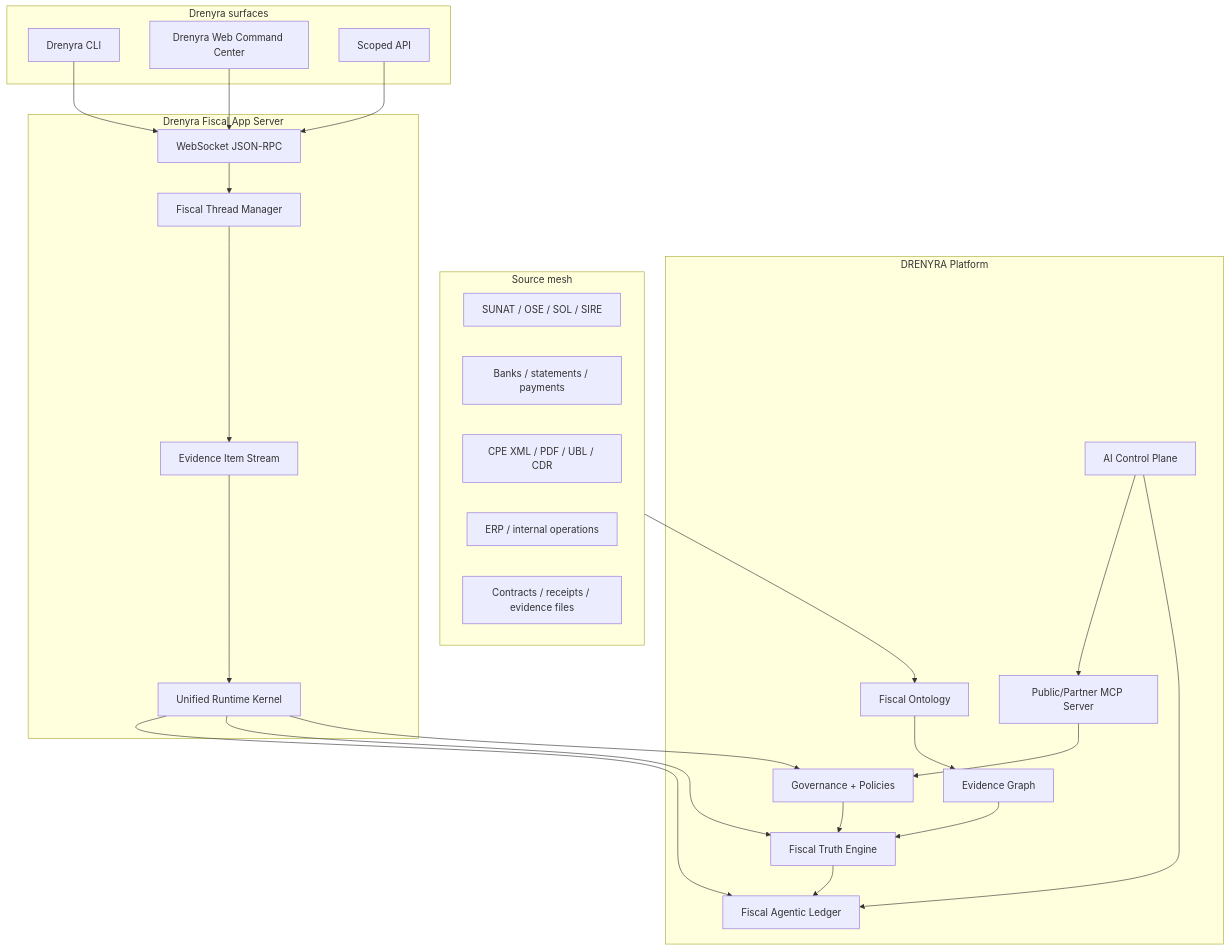
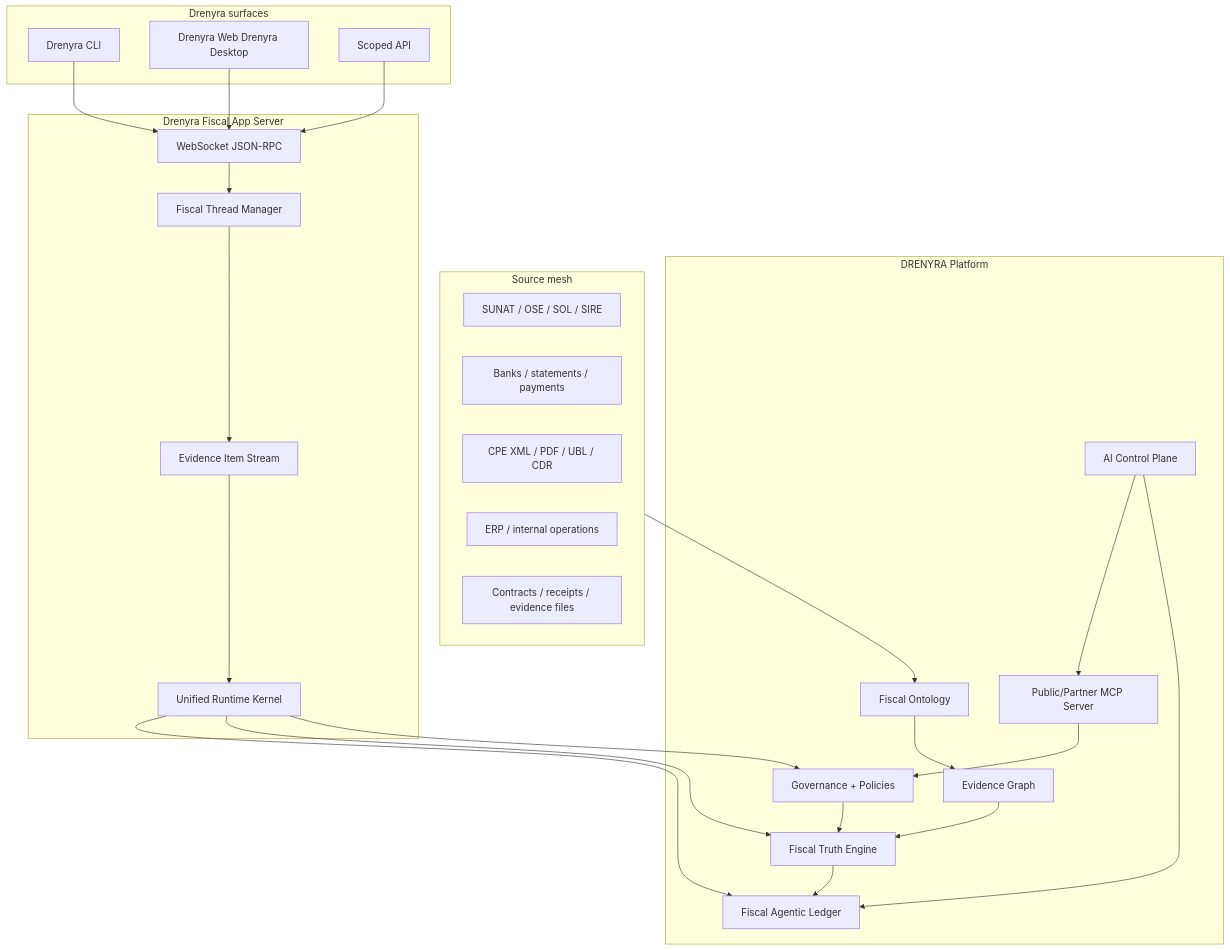
Before and after one commit to arkelythex/drenyra-command-center: the first of 3 diagrams in docs/14-design/fiscal-intelligence-platform.md, drawn with Mermaid. The commit also changed other lines of this file and 47 other files, not shown here.

First line of the commit message:
docs(legacy): replace Command Center and Pi names across documentation

````diff
--- a/docs/14-design/fiscal-intelligence-platform.md
+++ b/docs/14-design/fiscal-intelligence-platform.md
@@ -40,51 +40,51 @@
 ```mermaid
 flowchart TB
   subgraph Sources[Source mesh]
     SUNAT[SUNAT / OSE / SOL / SIRE]
     Banks[Banks / statements / payments]
     CPE[CPE XML / PDF / UBL / CDR]
     ERP[ERP / internal operations]
     Docs[Contracts / receipts / evidence files]
   end
 
   subgraph Platform[DRENYRA Platform]
     Ontology[Fiscal Ontology]
     Truth[Fiscal Truth Engine]
     Evidence[Evidence Graph]
     FAL[Fiscal Agentic Ledger]
     Gov[Governance + Policies]
     AI[AI Control Plane]
     MCP[Public/Partner MCP Server]
   end
 
   subgraph Surfaces[Drenyra surfaces]
     CLI[Drenyra CLI]
-    Web[Drenyra Web Command Center]
+    Web[Drenyra Web Drenyra Desktop]
     API[Scoped API]
   end
 
   subgraph DFAS[Drenyra Fiscal App Server]
     WS[WebSocket JSON-RPC]
     ThreadMgr[Fiscal Thread Manager]
     ItemStream[Evidence Item Stream]
     Kernel[Unified Runtime Kernel]
   end
 
   Sources --> Ontology
   Ontology --> Evidence
   Evidence --> Truth
   Truth --> FAL
   Gov --> Truth
   AI --> FAL
   AI --> MCP
   MCP --> Gov
   CLI --> WS
   Web --> WS
   API --> WS
   WS --> ThreadMgr
   ThreadMgr --> ItemStream
   ItemStream --> Kernel
   Kernel --> Gov
   Kernel --> Truth
   Kernel --> FAL
 ```
````
